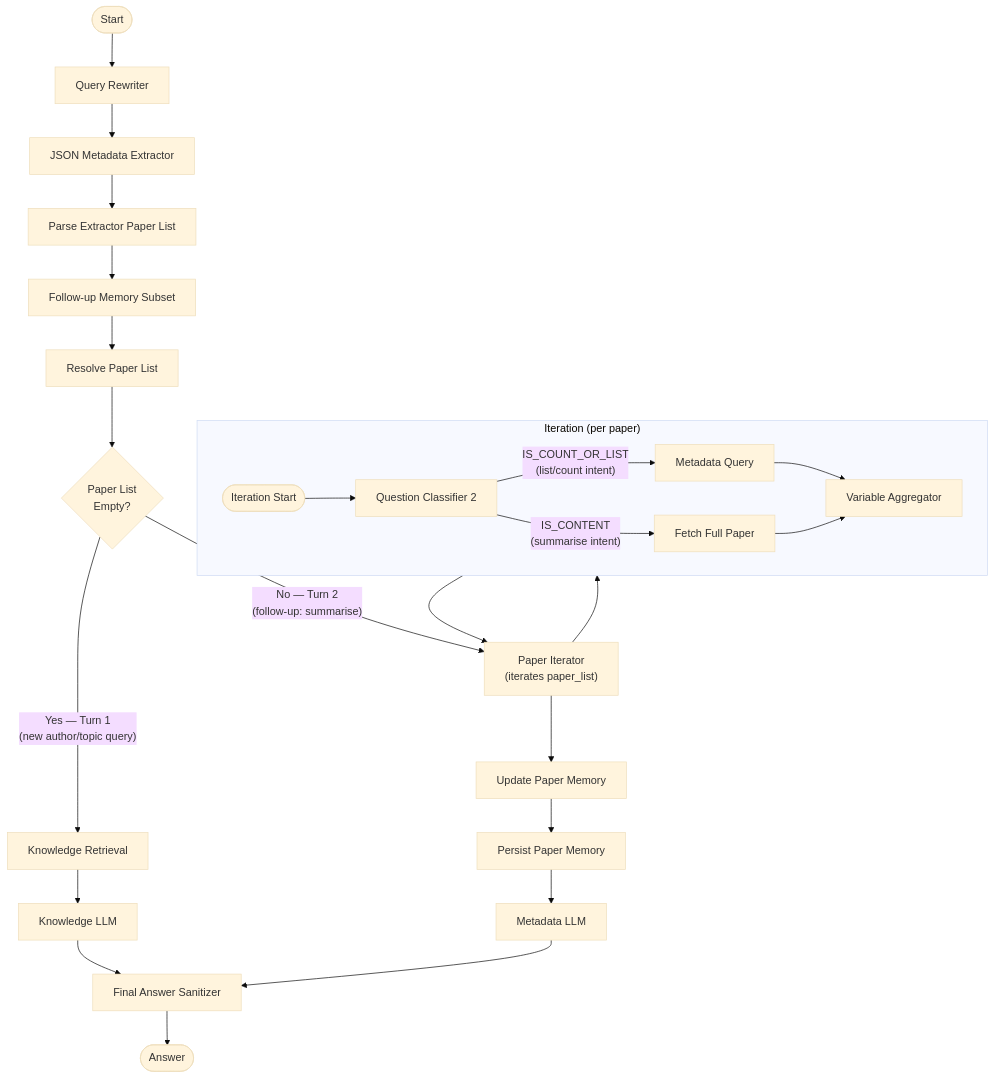
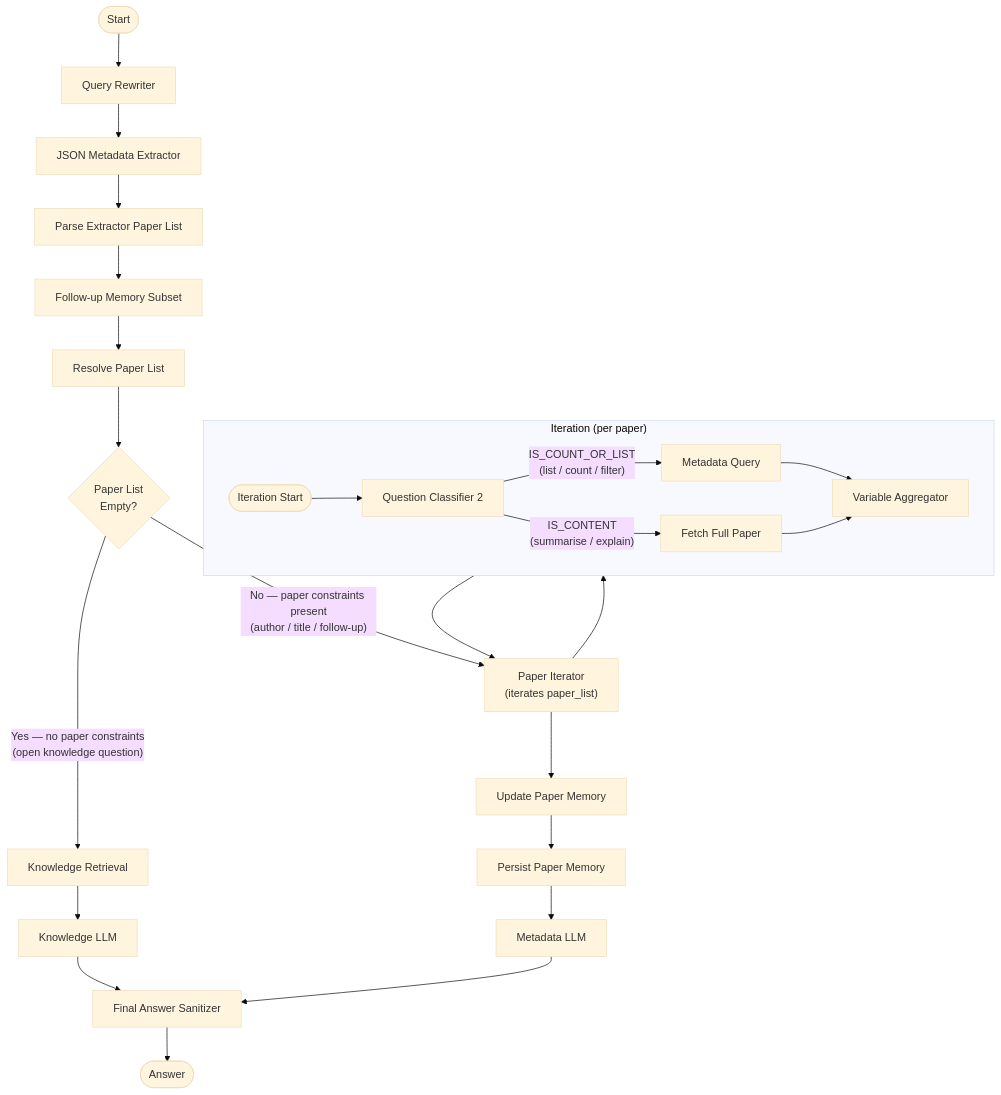
Before and after one commit to dieterich-lab/RmapDifyChatbot: the second of 2 diagrams in README.md, drawn with Mermaid (base theme). The commit also changed other lines of this file, not shown here.

Commit message:
docs(readme): fix flowchart — IF/ELSE labels reflect paper_list state, not conversation turn number
Both test turns route through the Paper Iterator:
- Turn 1 (author filter) → Metadata Query (IS_COUNT_OR_LIST)
- Turn 2 (follow-up summarise) → Fetch Full Paper (IS_CONTENT)
The Knowledge Retrieval branch is only taken for open knowledge questions with no paper constraints.

````diff
--- a/README.md
+++ b/README.md
@@ -44,31 +44,31 @@
 ```mermaid
 flowchart TD
     Start([Start]) --> QR[Query Rewriter]
     QR --> JME[JSON Metadata Extractor]
     JME --> PEP[Parse Extractor Paper List]
     PEP --> FMS[Follow-up Memory Subset]
     FMS --> RPL[Resolve Paper List]
     RPL --> IF{Paper List\nEmpty?}
 
-    IF -->|"Yes — Turn 1\n(new author/topic query)"| KR[Knowledge Retrieval]
+    IF -->|"Yes — no paper constraints\n(open knowledge question)"| KR[Knowledge Retrieval]
     KR --> KLLM[Knowledge LLM]
     KLLM --> SAN[Final Answer Sanitizer]
 
-    IF -->|"No — Turn 2\n(follow-up: summarise)"| IT["Paper Iterator\n(iterates paper_list)"]
+    IF -->|"No — paper constraints present\n(author / title / follow-up)"| IT["Paper Iterator\n(iterates paper_list)"]
 
     subgraph iter ["Iteration (per paper)"]
         ITS([Iteration Start]) --> QC2[Question Classifier 2]
-        QC2 -->|"IS_COUNT_OR_LIST\n(list/count intent)"| MQ[Metadata Query]
-        QC2 -->|"IS_CONTENT\n(summarise intent)"| FF[Fetch Full Paper]
+        QC2 -->|"IS_COUNT_OR_LIST\n(list / count / filter)"| MQ[Metadata Query]
+        QC2 -->|"IS_CONTENT\n(summarise / explain)"| FF[Fetch Full Paper]
         MQ --> VA[Variable Aggregator]
         FF --> VA
     end
 
     IT --> iter
     iter --> IT
     IT --> UPM[Update Paper Memory]
     UPM --> PPM[Persist Paper Memory]
     PPM --> MLLM[Metadata LLM]
     MLLM --> SAN
     SAN --> ANS([Answer])
 ```
````
